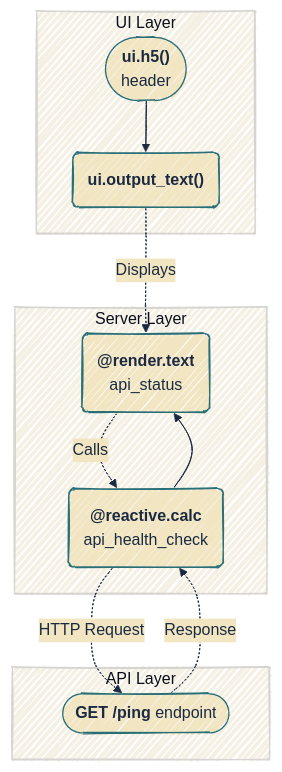
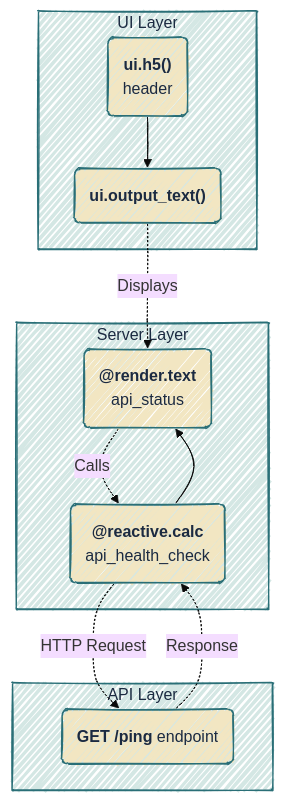
One commit to mjfrigaard/do4ds-labs changed the ninth of 15 diagrams in app-log-py.qmd. Above: the diagram before and after it, drawn with Mermaid. The commit also changed other lines of this file and 37 other files, not shown here.

Commit message:
updates to mermaid

````diff
--- a/app-log-py.qmd
+++ b/app-log-py.qmd
@@ -1054,25 +1075,29 @@
 ```{mermaid}
 %%| fig-cap: 'API Health Check'
 %%| fig-width: 7.0
 %%| fig-align: center
-%%{init: {'theme': 'base', 'look': 'handDrawn', 'themeVariables': { 'fontFamily': 'monospace', 'primaryColor': '#F2E6C2', 'primaryBorderColor': '#2A6F77', 'primaryTextColor': '#1B2A41', 'secondaryColor': '#d4e7e4', 'tertiaryColor': '#f5f0e4', 'lineColor': '#1B2A41', 'edgeLabelBackground': '#F2E6C2'}}}%%
+%%{init: {'theme': 'base', 'look': 'handDrawn', 'themeVariables': {'fontFamily': 'monospace'}}}%%
 
 graph TB
     subgraph UI["UI Layer"]
-        A(["<strong>ui.h5()</strong><br>header"]) --> B("<strong>ui.output_text()</strong>")
+        A("<strong>ui.h5()</strong><br>header") --> B("<strong>ui.output_text()</strong>")
     end
     
     subgraph SERVER["Server Layer"]
-        C("<strong>@reactive.calc</strong><br/>api_health_check") --> D("<strong>@render.text</strong><br/>api_status")
+        C("<strong>@reactive.calc</strong><br>api_health_check") --> D("<strong>@render.text</strong><br>api_status")
     end
     
     subgraph API["API Layer"]
-        E(["<strong>GET /ping</strong> endpoint"])
+        E("<strong>GET /ping</strong> endpoint")
     end
     
     B -.Displays.-> D
     D -.Calls.-> C
     C -.HTTP Request.-> E
     E -.Response.-> C
+    classDef default fill:#F2E6C2,stroke:#2A6F77,color:#1B2A41
+    style UI fill:#d4e7e4,stroke:#2A6F77,color:#1B2A41
+    style SERVER fill:#d4e7e4,stroke:#2A6F77,color:#1B2A41
+    style API fill:#d4e7e4,stroke:#2A6F77,color:#1B2A41
     
 ```
````
